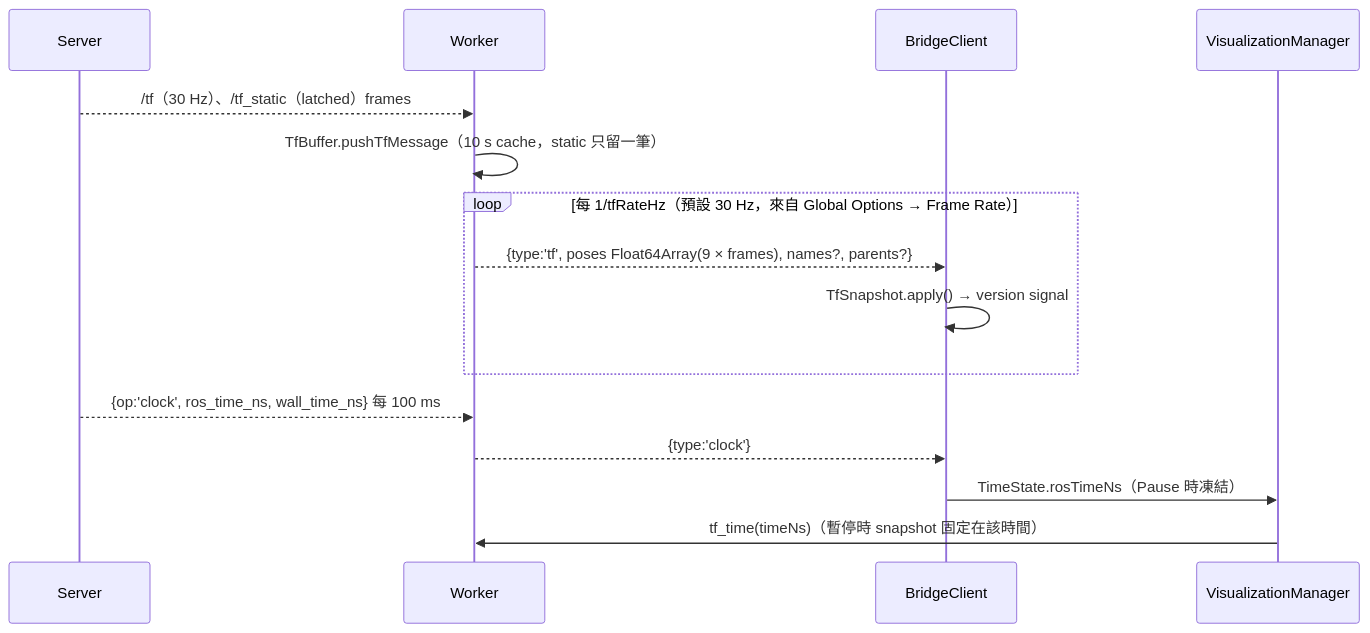
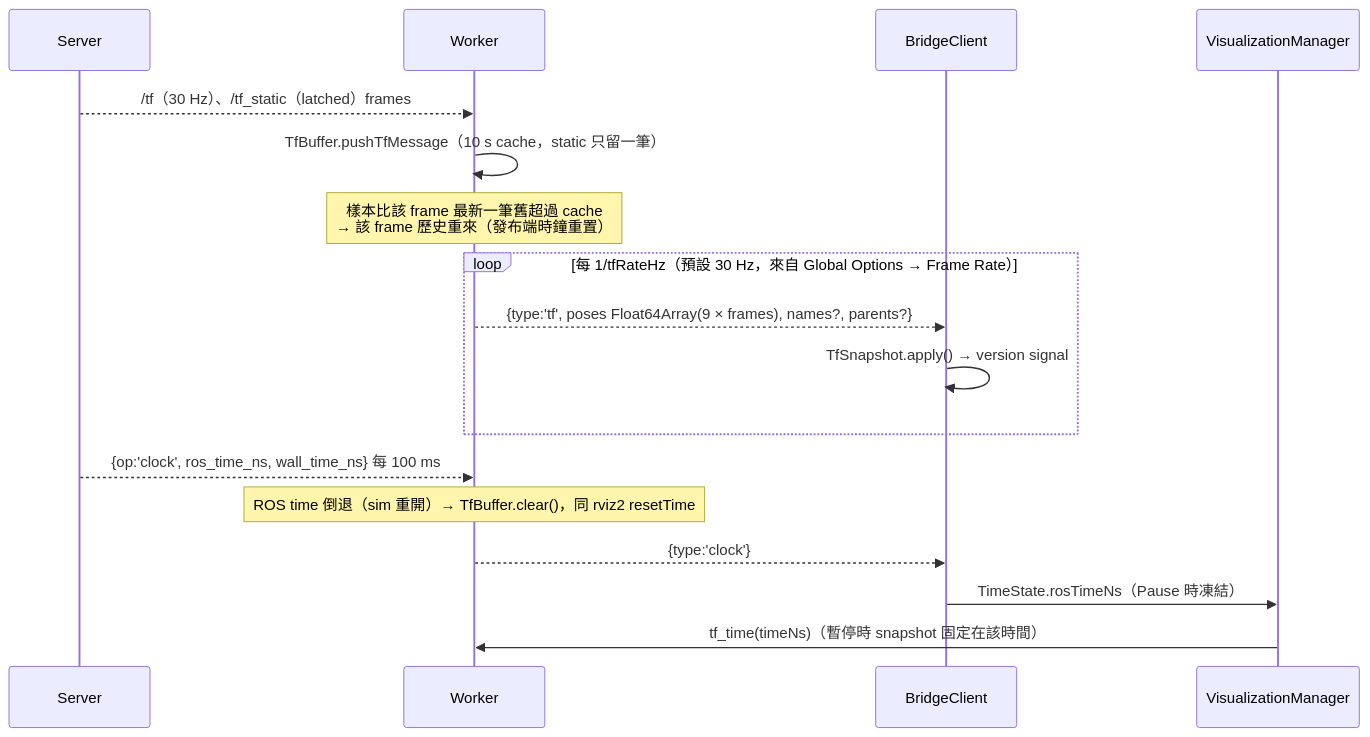
One commit to skylerpan/WebRvizLite changed the fifth of 8 diagrams in docs/architecture.zh-TW.md. Above: the diagram before and after it, drawn with Mermaid. The commit also changed 4 other files, not shown here.

````diff
--- a/docs/architecture.zh-TW.md
+++ b/docs/architecture.zh-TW.md
@@ -158,18 +158,20 @@
 ```mermaid
 sequenceDiagram
   participant S as Server
   participant W as Worker
   participant C as BridgeClient
   participant V as VisualizationManager
 
   S-->>W: /tf（30 Hz）、/tf_static（latched）frames
   W->>W: TfBuffer.pushTfMessage（10 s cache，static 只留一筆）
+  Note over W: 樣本比該 frame 最新一筆舊超過 cache<br/>→ 該 frame 歷史重來（發布端時鐘重置）
   loop 每 1/tfRateHz（預設 30 Hz，來自 Global Options → Frame Rate）
     W-->>C: {type:'tf', poses Float64Array(9 × frames), names?, parents?}
     C->>C: TfSnapshot.apply() → version signal
   end
   S-->>W: {op:'clock', ros_time_ns, wall_time_ns} 每 100 ms
+  Note over W: ROS time 倒退（sim 重開）→ TfBuffer.clear()，同 rviz2 resetTime
   W-->>C: {type:'clock'}
   C->>V: TimeState.rosTimeNs（Pause 時凍結）
   V->>W: tf_time(timeNs)（暫停時 snapshot 固定在該時間）
 ```
````
